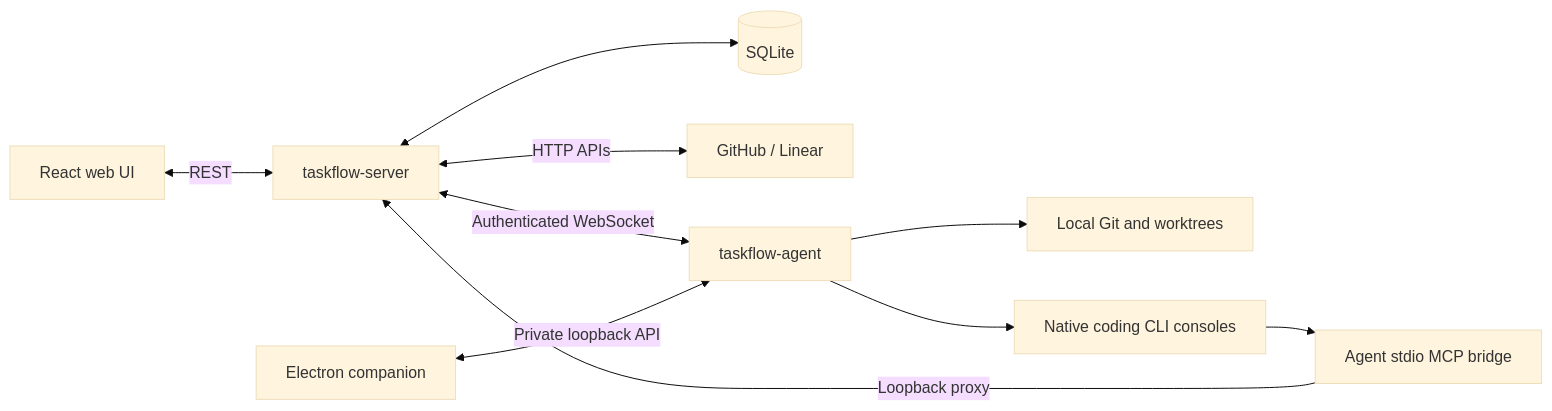
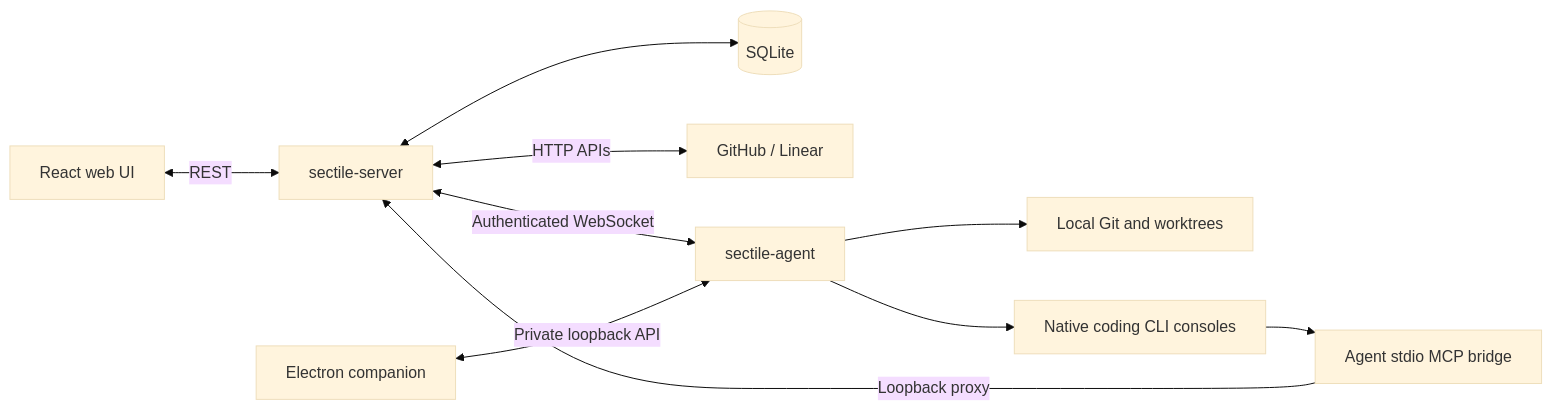
The diagram in docs/ARCHITECTURE.md (sebastienferry/sectile), drawn with Mermaid (base theme) before and after one commit. The commit also changed other lines of this file and 184 other files, not shown here.

````diff
--- a/docs/ARCHITECTURE.md
+++ b/docs/ARCHITECTURE.md
@@ -6,12 +6,12 @@
 ```mermaid
 flowchart LR
-    Browser[React web UI] <-->|REST| Server[taskflow-server]
+    Browser[React web UI] <-->|REST| Server[sectile-server]
     Server <--> SQLite[(SQLite)]
     Server <-->|HTTP APIs| Trackers[GitHub / Linear]
-    Server <-->|Authenticated WebSocket| Agent[taskflow-agent]
+    Server <-->|Authenticated WebSocket| Agent[sectile-agent]
     Desktop[Electron companion] <-->|Private loopback API| Agent
     Agent --> Git[Local Git and worktrees]
     Agent --> PTY[Native coding CLI consoles]
     PTY --> MCP[Agent stdio MCP bridge]
     MCP -->|Loopback proxy| Server
 ```
````
